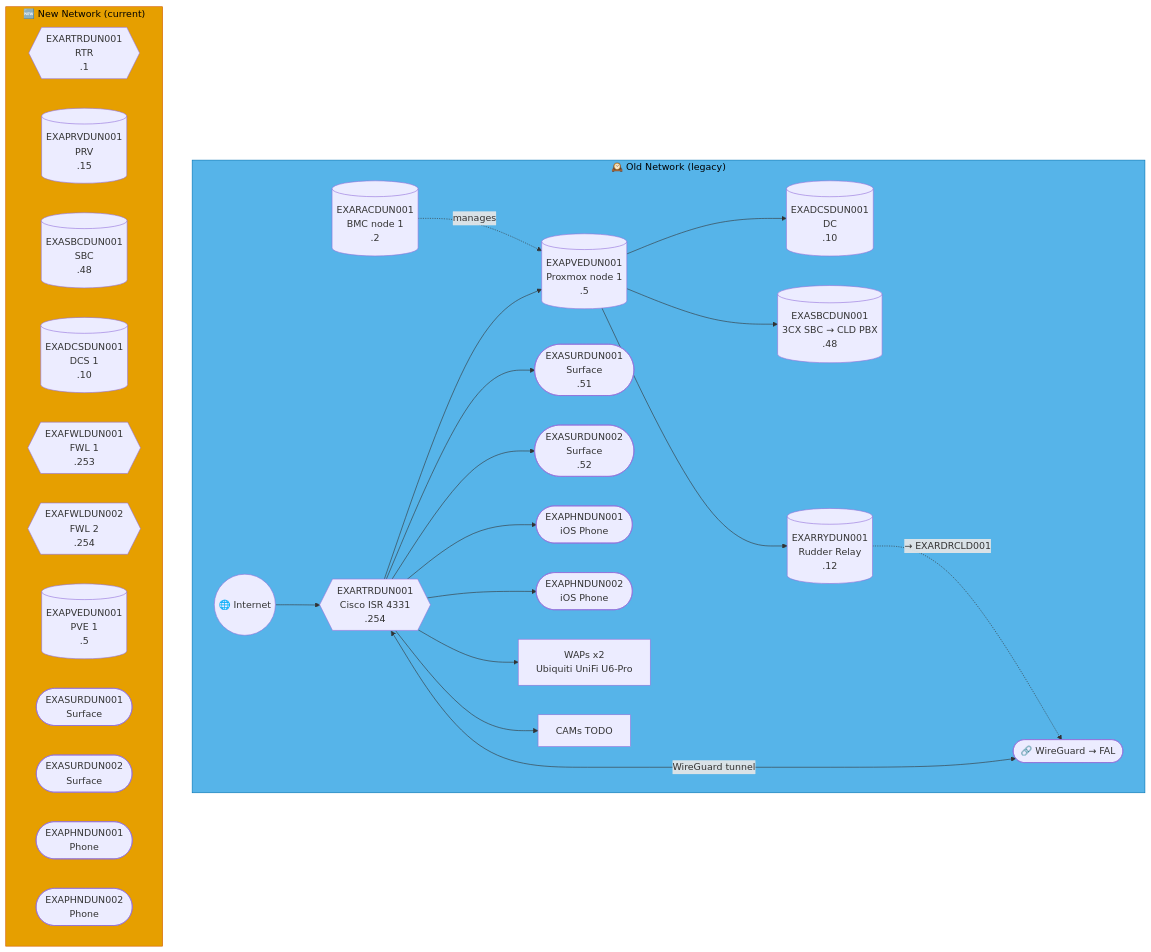
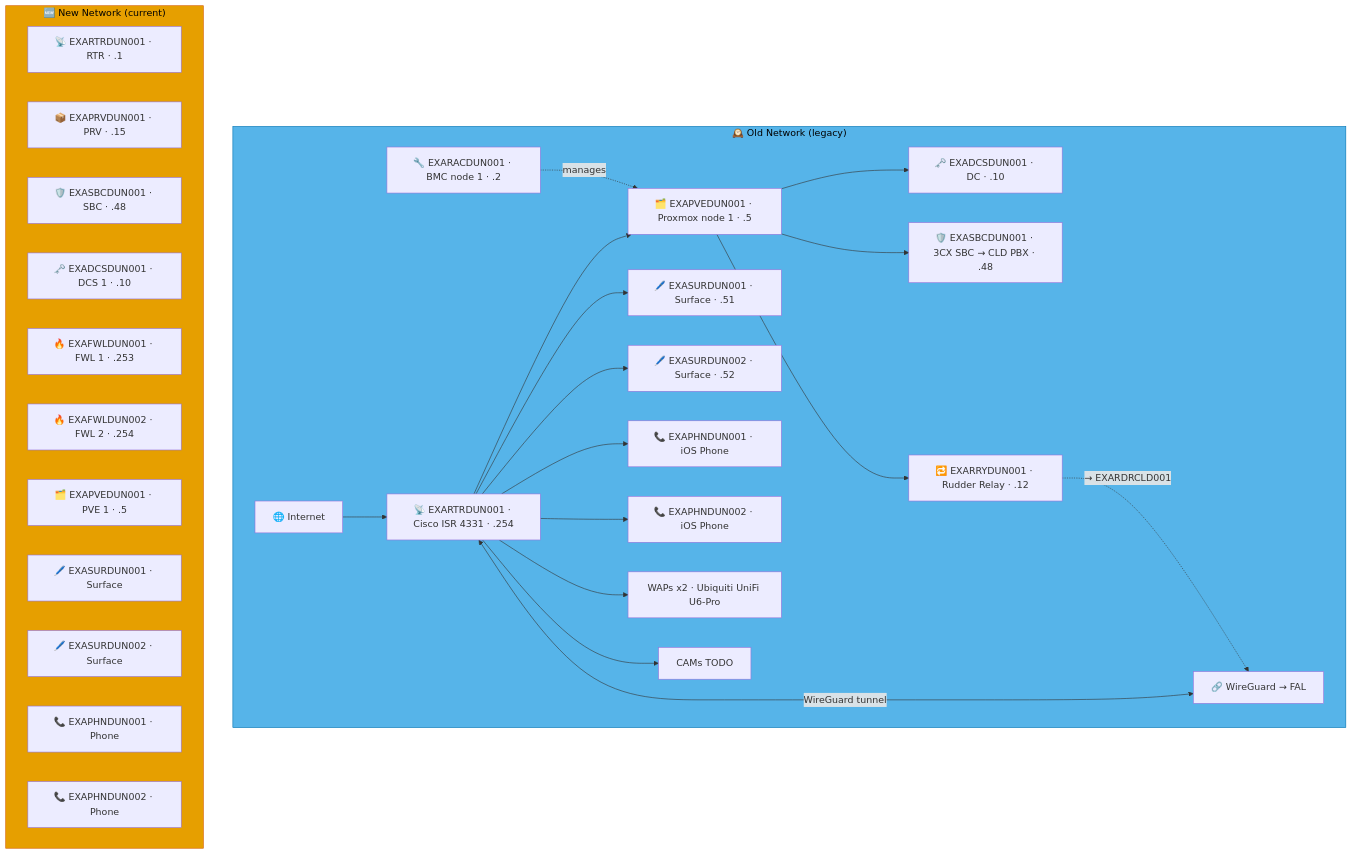
The sixth of 51 diagrams in docs/network-diagram.md (knightmare2600/example_music_infra), drawn with Mermaid before and after one commit. The commit also changed other lines of this file and 5 other files, not shown here.

````diff
--- a/docs/network-diagram.md
+++ b/docs/network-diagram.md
@@ -536,45 +537,45 @@
 ```mermaid
 graph TD
     subgraph OLD_DUN ["🕰️ Old Network (legacy)"]
-      INET(("🌐 Internet"))
-      RTR{{"EXARTRDUN001<br/>Cisco ISR 4331<br/>.254"}}
-      RAC[("EXARACDUN001<br/>BMC node 1<br/>.2")]
-      PVE[("EXAPVEDUN001<br/>Proxmox node 1<br/>.5")]
-      DC[("EXADCSDUN001<br/>DC<br/>.10")]
-      SBC[("EXASBCDUN001<br/>3CX SBC → CLD PBX<br/>.48")]
-      RRY[("EXARRYDUN001<br/>Rudder Relay<br/>.12")]
-      SUR1(["EXASURDUN001<br/>Surface<br/>.51"])
-      SUR2(["EXASURDUN002<br/>Surface<br/>.52"])
-      PHN1(["EXAPHNDUN001<br/>iOS Phone"])
-      PHN2(["EXAPHNDUN002<br/>iOS Phone"])
-      WAP["WAPs x2<br/>Ubiquiti UniFi U6-Pro"]
+      INET["🌐 Internet"]
+      RTR["📡 EXARTRDUN001 · Cisco ISR 4331 · .254"]
+      RAC["🔧 EXARACDUN001 · BMC node 1 · .2"]
+      PVE["🗂️ EXAPVEDUN001 · Proxmox node 1 · .5"]
+      DC["🗝️ EXADCSDUN001 · DC · .10"]
+      SBC["🛡️ EXASBCDUN001 · 3CX SBC → CLD PBX · .48"]
+      RRY["🔁 EXARRYDUN001 · Rudder Relay · .12"]
+      SUR1["🖊️ EXASURDUN001 · Surface · .51"]
+      SUR2["🖊️ EXASURDUN002 · Surface · .52"]
+      PHN1["📞 EXAPHNDUN001 · iOS Phone"]
+      PHN2["📞 EXAPHNDUN002 · iOS Phone"]
+      WAP["WAPs x2 · Ubiquiti UniFi U6-Pro"]
       CAM["CAMs TODO"]
-      VPN(["🔗 WireGuard → FAL"])
+      VPN["🔗 WireGuard → FAL"]
 
       INET --> RTR --> PVE
       PVE --> DC & SBC
       RAC -.->|"manages"| PVE
       RTR --> SUR1 & SUR2 & PHN1 & PHN2 & WAP & CAM
       RTR <-->|"WireGuard tunnel"| VPN
 
       PVE --> RRY
       RRY -. "→ EXARDRCLD001" .-> VPN
     end
     style OLD_DUN fill:#56B4E9,stroke:#0072B2,color:#000000
     %% GENERATED:NEW-NETWORK:DUN:START
     subgraph NEW_DUN ["🆕 New Network (current)"]
-      N_RTR{{"EXARTRDUN001<br/>RTR<br/>.1"}}
-      N_PRV[("EXAPRVDUN001<br/>PRV<br/>.15")]
-      N_SBC[("EXASBCDUN001<br/>SBC<br/>.48")]
-      N_DCS[("EXADCSDUN001<br/>DCS 1<br/>.10")]
-      N_FWL{{"EXAFWLDUN001<br/>FWL 1<br/>.253"}}
-      N_FWL2{{"EXAFWLDUN002<br/>FWL 2<br/>.254"}}
-      N_PVE[("EXAPVEDUN001<br/>PVE 1<br/>.5")]
-      N_SUR(["EXASURDUN001<br/>Surface"])
-      N_SUR2(["EXASURDUN002<br/>Surface"])
-      N_PHN(["EXAPHNDUN001<br/>Phone"])
-      N_PHN2(["EXAPHNDUN002<br/>Phone"])
+      N_RTR["📡 EXARTRDUN001 · RTR · .1"]
+      N_PRV["📦 EXAPRVDUN001 · PRV · .15"]
+      N_SBC["🛡️ EXASBCDUN001 · SBC · .48"]
+      N_DCS["🗝️ EXADCSDUN001 · DCS 1 · .10"]
+      N_FWL["🔥 EXAFWLDUN001 · FWL 1 · .253"]
+      N_FWL2["🔥 EXAFWLDUN002 · FWL 2 · .254"]
+      N_PVE["🗂️ EXAPVEDUN001 · PVE 1 · .5"]
+      N_SUR["🖊️ EXASURDUN001 · Surface"]
+      N_SUR2["🖊️ EXASURDUN002 · Surface"]
+      N_PHN["📞 EXAPHNDUN001 · Phone"]
+      N_PHN2["📞 EXAPHNDUN002 · Phone"]
     end
     style NEW_DUN fill:#E69F00,stroke:#D55E00,color:#000000
     %% GENERATED:NEW-NETWORK:DUN:END
 ```
````
